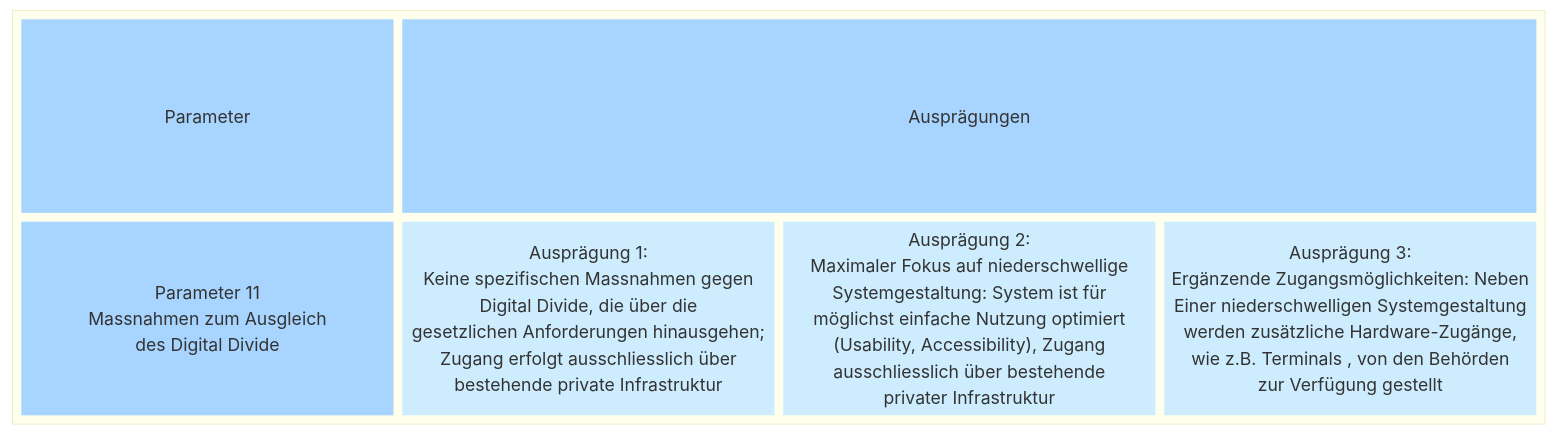
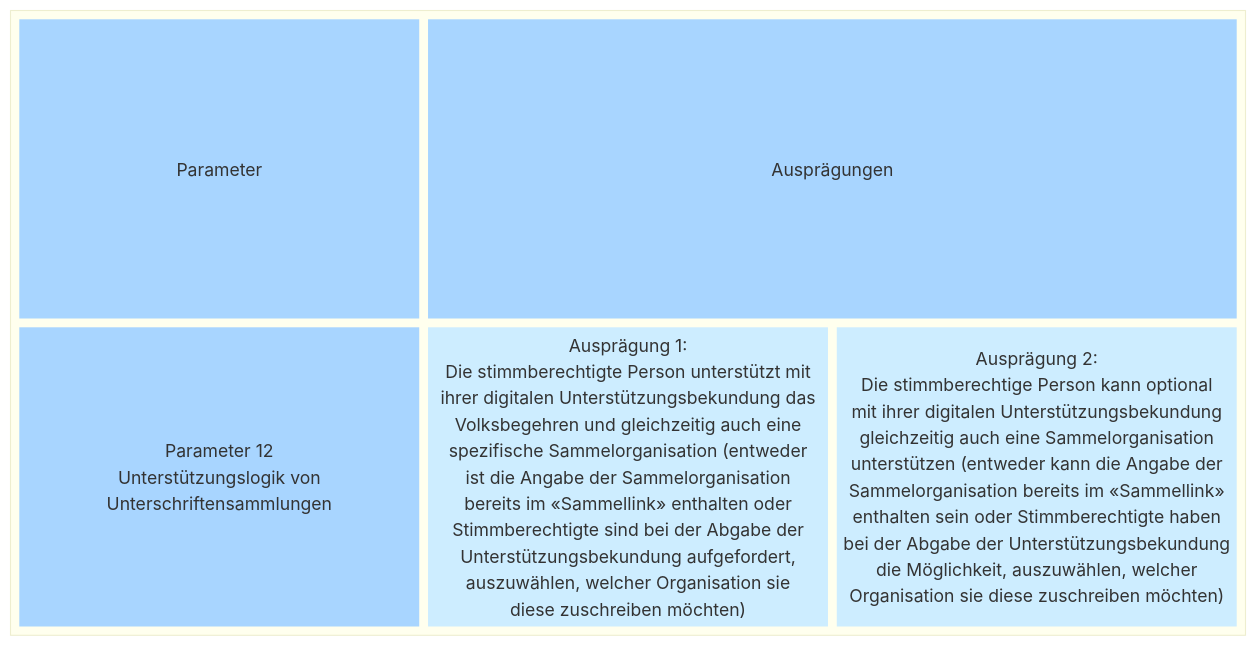
Before and after one commit to swiss/e-collecting: the second of 2 diagrams in docs/morphological-box/parameter-12.md, drawn with Mermaid. The commit also changed other lines of this file, not shown here.

````diff
--- a/docs/morphological-box/parameter-12.md
+++ b/docs/morphological-box/parameter-12.md
@@ -72,36 +68,37 @@
 ```mermaid
 block
   block
-    columns 4
+    columns 3
     t1["Parameter"]
-    t2["Ausprägungen"]:3
-    d["Parameter 11
-    Massnahmen zum Ausgleich
-    des Digital Divide"]
+    t2["Ausprägungen"]:2
+    d["Parameter 12
+    Unterstützungslogik von
+    Unterschriftensammlungen "]
     a1["Ausprägung 1:
-    Keine spezifischen Massnahmen gegen
-    Digital Divide, die über die
-    gesetzlichen Anforderungen hinausgehen;
-    Zugang erfolgt ausschliesslich über
-    bestehende private Infrastruktur "]
+    Die stimmberechtigte Person unterstützt mit
+    ihrer digitalen Unterstützungsbekundung das
+    Volksbegehren und gleichzeitig auch eine
+    spezifische Sammelorganisation (entweder
+    ist die Angabe der Sammelorganisation
+    bereits im «Sammellink» enthalten oder
+    Stimmberechtigte sind bei der Abgabe der
+    Unterstützungsbekundung aufgefordert,
+    auszuwählen, welcher Organisation sie
+    diese zuschreiben möchten)"]
     a2["Ausprägung 2:
-    Maximaler Fokus auf niederschwellige
-    Systemgestaltung: System ist für
-    möglichst einfache Nutzung optimiert
-    (Usability, Accessibility), Zugang
-    ausschliesslich über bestehende
-    privater Infrastruktur "]
-    a3["Ausprägung 3:
-    Ergänzende Zugangsmöglichkeiten: Neben
-    Einer niederschwelligen Systemgestaltung
-    werden zusätzliche Hardware-Zugänge,
-    wie z.B. Terminals , von den Behörden
-    zur Verfügung gestellt "]
+    Die stimmberechtige Person kann optional
+    mit ihrer digitalen Unterstützungsbekundung
+    gleichzeitig auch eine Sammelorganisation
+    unterstützen (entweder kann die Angabe der
+    Sammelorganisation bereits im «Sammellink»
+    enthalten sein oder Stimmberechtigte haben
+    bei der Abgabe der Unterstützungsbekundung
+    die Möglichkeit, auszuwählen, welcher
+    Organisation sie diese zuschreiben möchten)"]
     style t1 fill:#a8d5ff,stroke-width:0px
     style t2 fill:#a8d5ff,stroke-width:0px
     style d fill:#a8d5ff,stroke-width:0px,text-valign:top
     style a1 fill:#cdedff,stroke-width:0px
     style a2 fill:#cdedff,stroke-width:0px
-    style a3 fill:#cdedff,stroke-width:0px
   end
 ```
````
